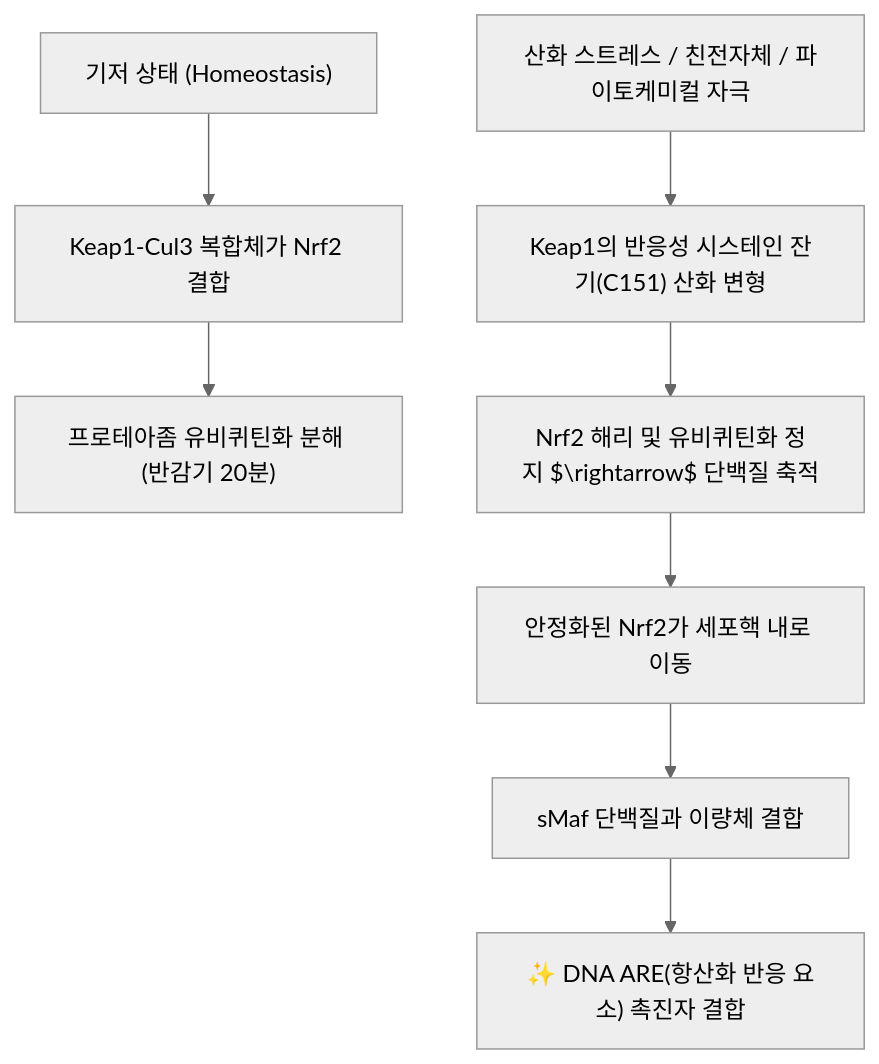
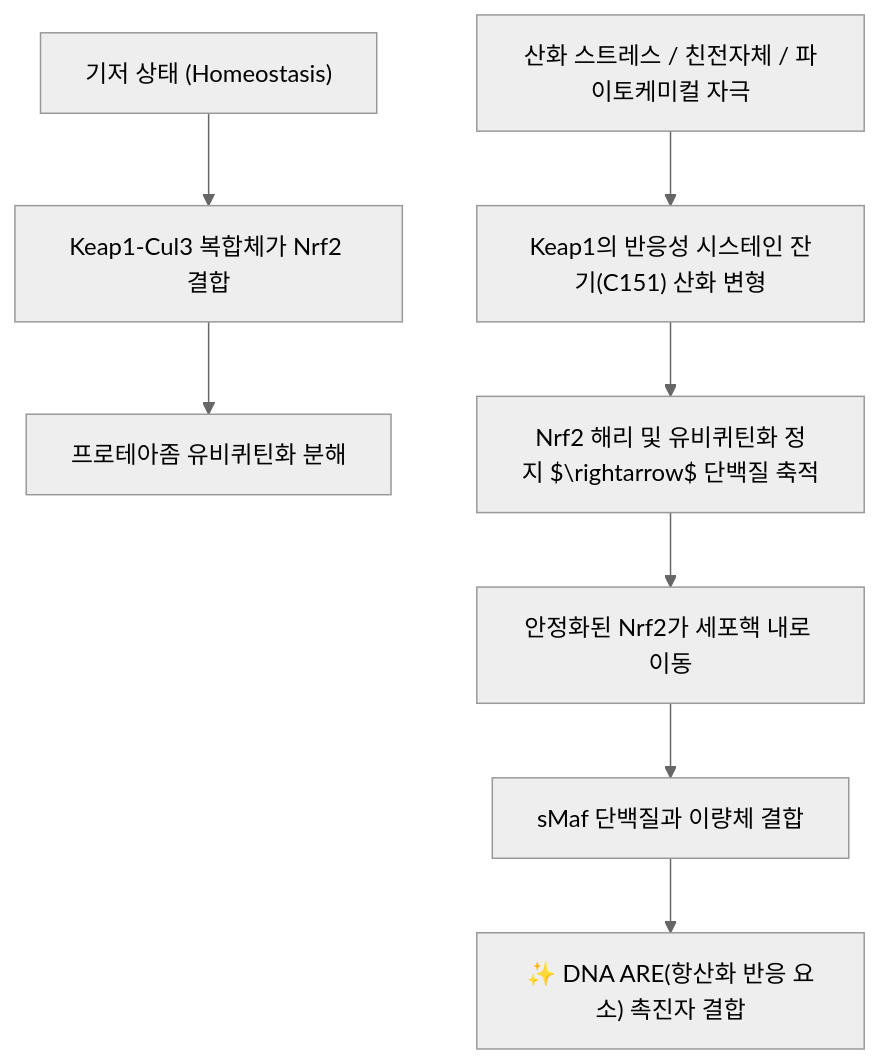
The diagram in content/2. 약리 공부/약리성분/Nrf2.md (simbio11/simbio-digital-garden2), drawn with Mermaid (neutral theme) before and after one commit. The commit also changed other lines of this file and 299 other files, not shown here.

````diff
--- a/content/2. 약리 공부/약리성분/Nrf2.md
+++ b/content/2. 약리 공부/약리성분/Nrf2.md
@@ -34,11 +43,11 @@
 ```mermaid
 graph TD
     BasalState["기저 상태 (Homeostasis)"] --> Keap1Binding["Keap1-Cul3 복합체가 Nrf2 결합"]
-    Keap1Binding --> Ubiquitination["프로테아좀 유비퀴틴화 분해 (반감기 20분)"]
+    Keap1Binding --> Ubiquitination["프로테아좀 유비퀴틴화 분해"]
     
     StressEvent["산화 스트레스 / 친전자체 / 파이토케미컬 자극"] --> CysteineModify["Keap1의 반응성 시스테인 잔기(C151) 산화 변형"]
     CysteineModify --> Nrf2Release["Nrf2 해리 및 유비퀴틴화 정지 $\rightarrow$ 단백질 축적"]
     Nrf2Release --> NuclearTranslocate["안정화된 Nrf2가 세포핵 내로 이동"]
     NuclearTranslocate --> sMafDimer["sMaf 단백질과 이량체 결합"]
     sMafDimer --> ARE_Activation["✨ DNA ARE(항산화 반응 요소) 촉진자 결합"]
 ```
````
